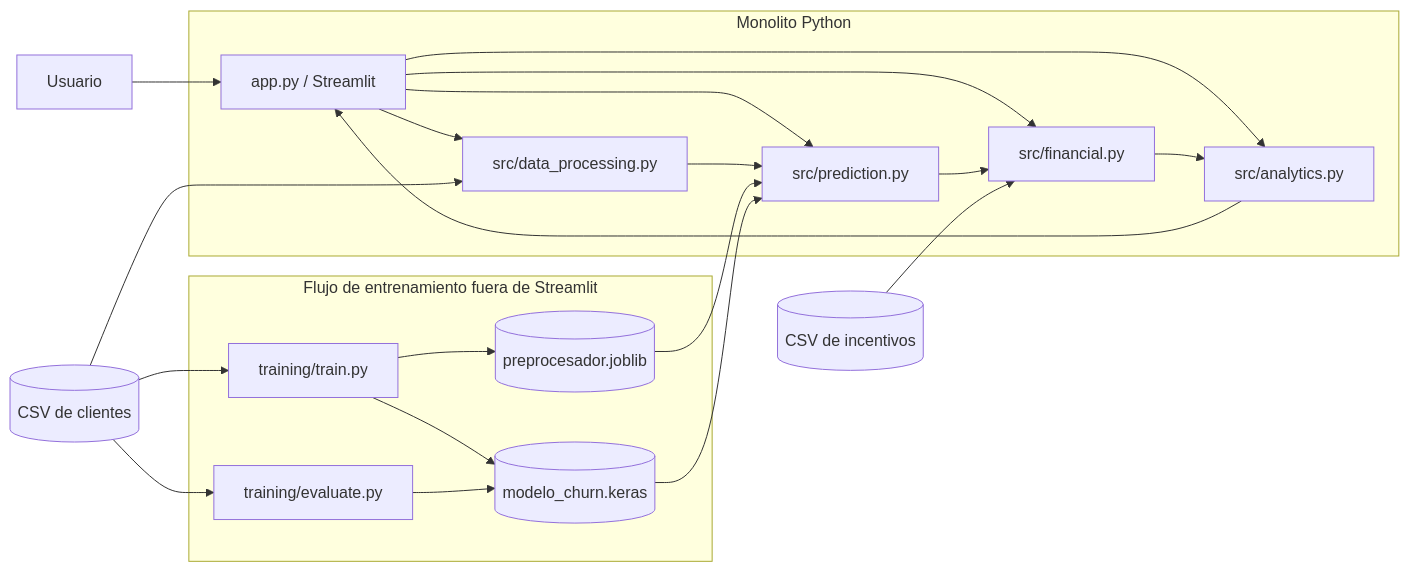
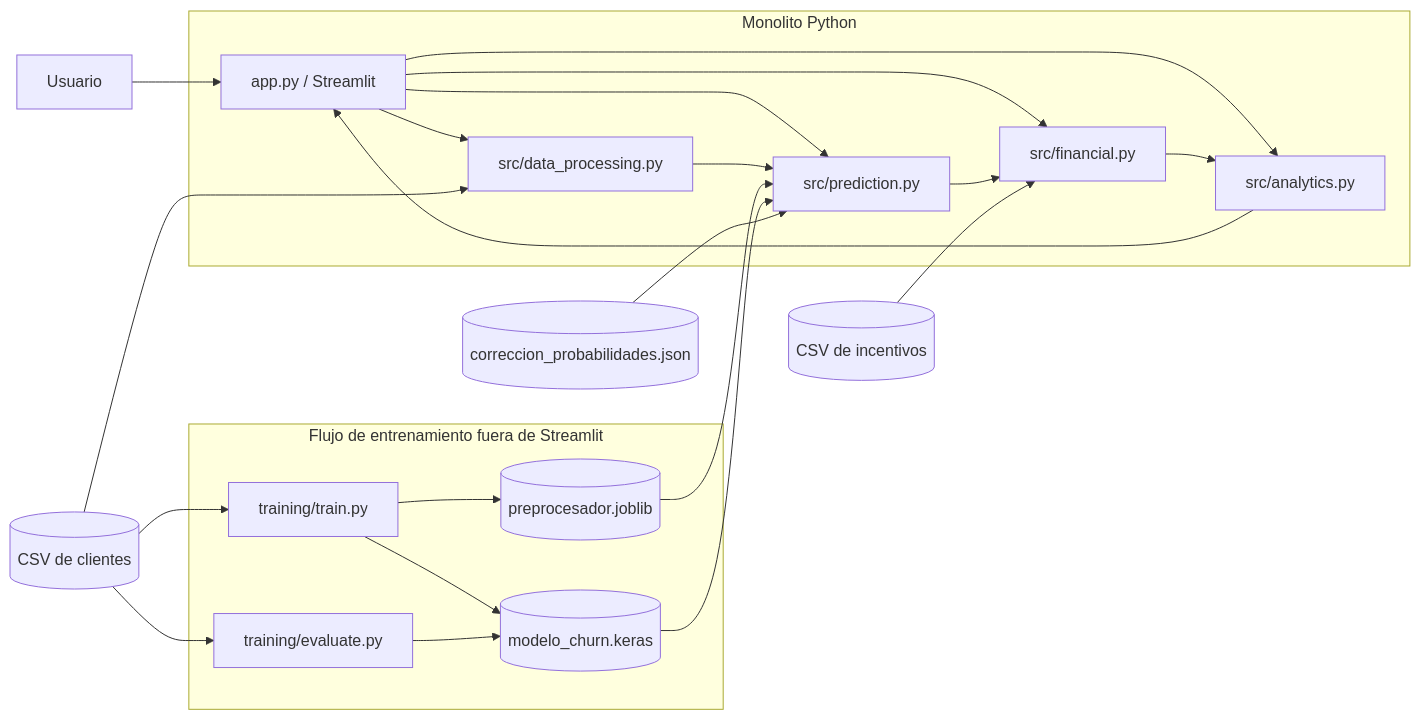
Before and after one commit to An2k24Dm/project-AI: the first of 2 diagrams in docs/architecture.md, drawn with Mermaid. The commit also changed other lines of this file and 20 other files, not shown here.

````diff
--- a/docs/architecture.md
+++ b/docs/architecture.md
@@ -40,28 +40,29 @@
 ```mermaid
 flowchart LR
     U[Usuario] --> UI[app.py / Streamlit]
 
     subgraph MON[Monolito Python]
         UI --> DP[src/data_processing.py]
         UI --> PR[src/prediction.py]
         UI --> FN[src/financial.py]
         UI --> AN[src/analytics.py]
         DP --> PR
         PR --> FN
         FN --> AN
     end
 
     DC[(CSV de clientes)] --> DP
     IC[(CSV de incentivos)] --> FN
     PP[(preprocesador.joblib)] --> PR
     NN[(modelo_churn.keras)] --> PR
+    CP[(correccion_probabilidades.json)] --> PR
     AN --> UI
 
     subgraph OFF[Flujo de entrenamiento fuera de Streamlit]
         TR[training/train.py] --> PP
         TR --> NN
         EV[training/evaluate.py] --> NN
     end
     DC --> TR
     DC --> EV
 ```
````
